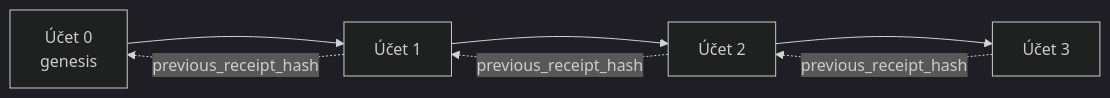
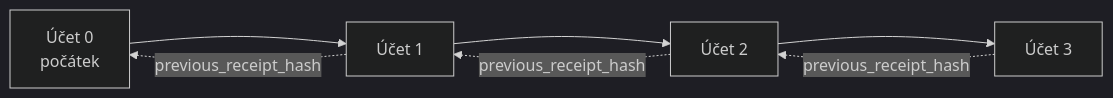
The second of 2 diagrams in translations/cs/18-securing-ai-agents/README.md (microsoft/ai-agents-for-beginners), drawn with Mermaid (dark theme) before and after one commit. The commit also changed other lines of this file and 222 other files, not shown here.

````diff
--- a/translations/cs/18-securing-ai-agents/README.md
+++ b/translations/cs/18-securing-ai-agents/README.md
@@ -206,9 +206,9 @@
 ```mermaid
 flowchart LR
-    R0[Účet 0<br/>genesis] --> R1[Účet 1]
+    R0[Účet 0<br/>počátek] --> R1[Účet 1]
     R1 --> R2[Účet 2]
     R2 --> R3[Účet 3]
     R1 -. previous_receipt_hash .-> R0
     R2 -. previous_receipt_hash .-> R1
     R3 -. previous_receipt_hash .-> R2
 ```
````
